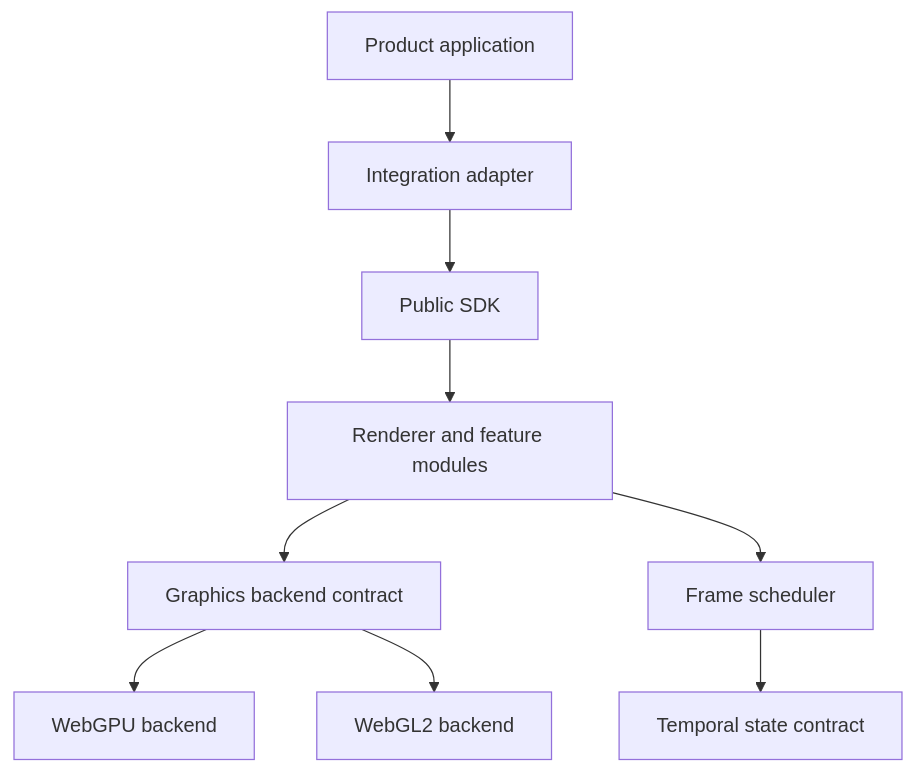
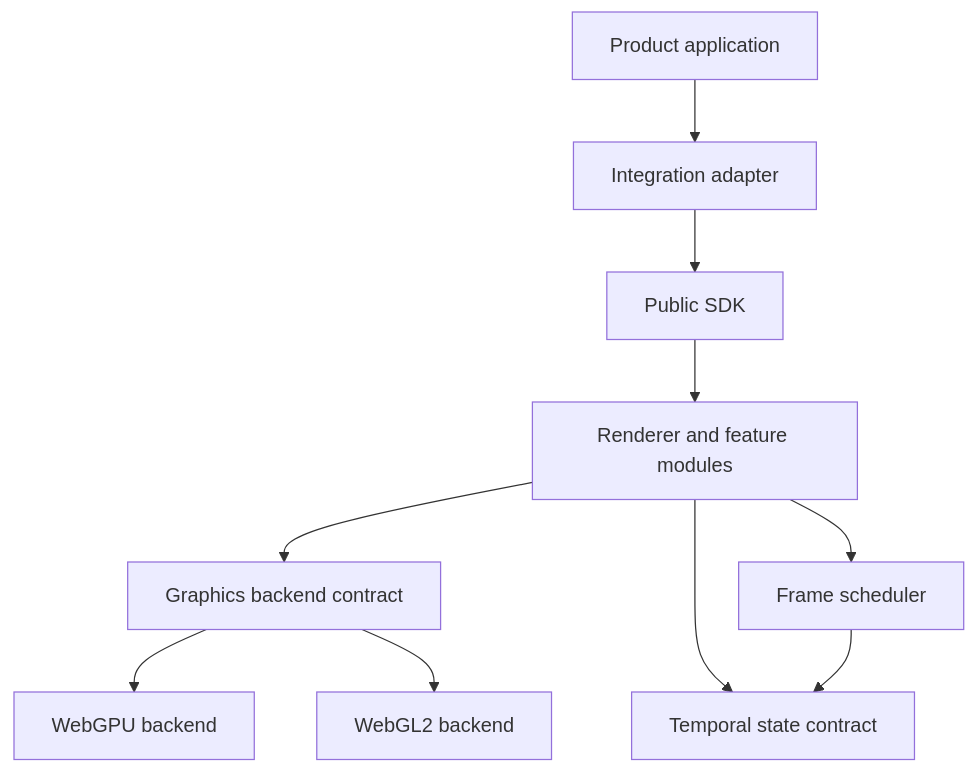
One commit to urashima/Kyxos-Render-Engine changed the diagram in docs/architecture/overview.md. Above: the diagram before and after it, drawn with Mermaid. The commit also changed other lines of this file and 22 other files, not shown here.

````diff
--- a/docs/architecture/overview.md
+++ b/docs/architecture/overview.md
@@ -9,11 +9,12 @@
 ```mermaid
 flowchart TD
   Product[Product application] --> Adapter[Integration adapter]
   Adapter --> SDK[Public SDK]
   SDK --> Renderer[Renderer and feature modules]
   Renderer --> Backend[Graphics backend contract]
   Renderer --> Scheduler[Frame scheduler]
+  Renderer --> Temporal[Temporal state contract]
   Scheduler --> Temporal[Temporal state contract]
   Backend --> WebGPU[WebGPU backend]
   Backend --> WebGL2[WebGL2 backend]
 ```
````
